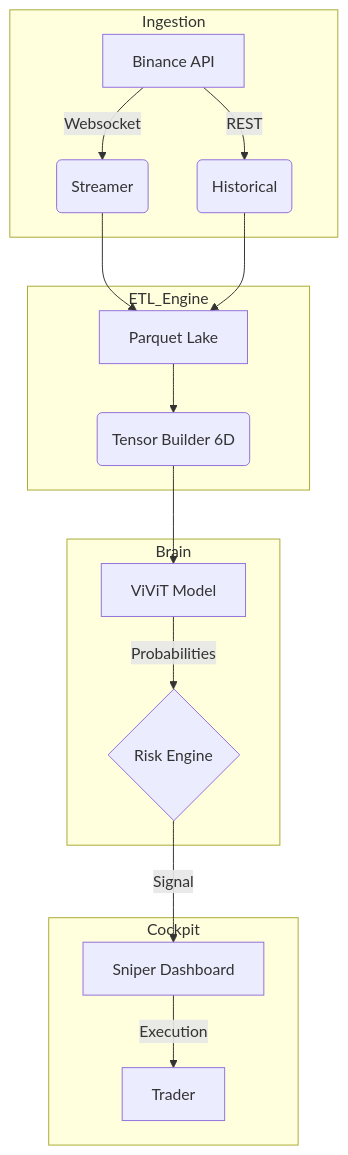
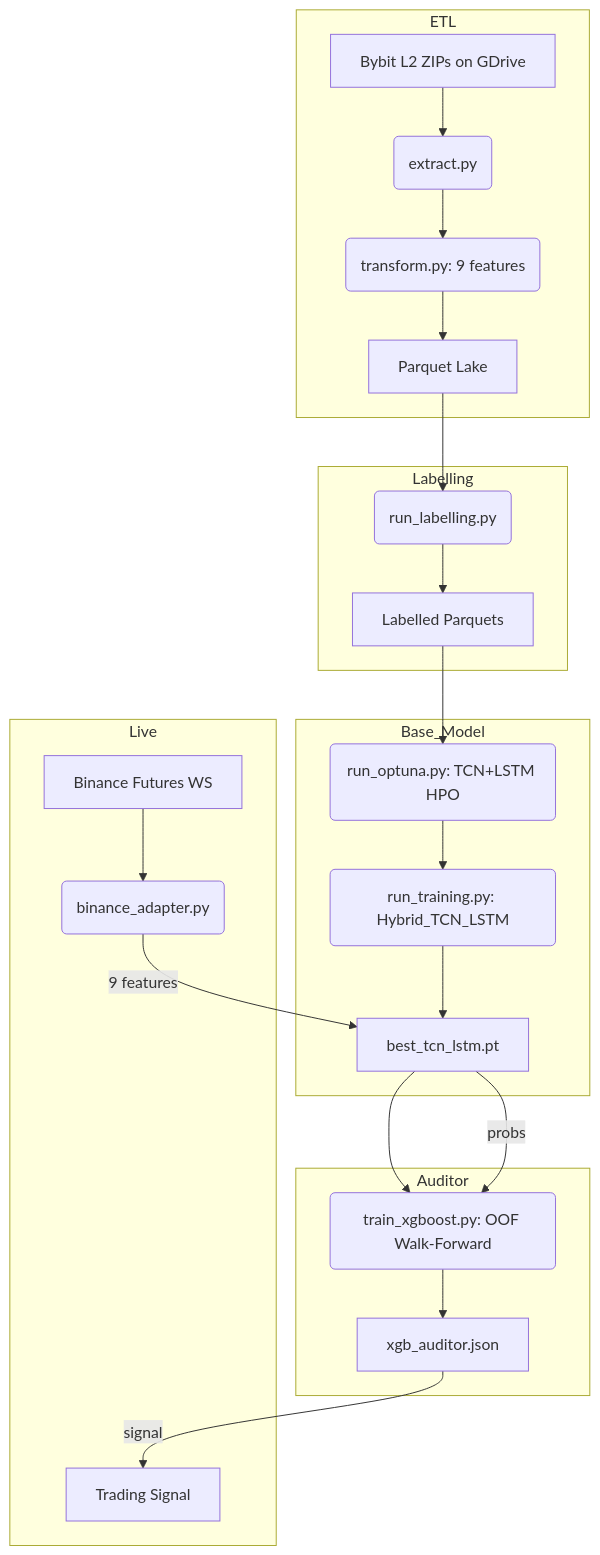
The diagram in README.md (atilioebg/QuantGod_Cloud_TCNLSTM), drawn with Mermaid before and after one commit. The commit also changed other lines of this file and 8 other files, not shown here.

First line of the commit message:
chore: remove legacy ViViT code and update docs for TCN+LSTM pivot

````diff
--- a/README.md
+++ b/README.md
@@ -13,23 +9,31 @@
 ```mermaid
 graph TD
-    subgraph Ingestion
-        A[Binance API] -->|Websocket| B(Streamer)
-        A -->|REST| C(Historical)
+    subgraph ETL
+        A[Bybit L2 ZIPs on GDrive] --> B(extract.py)
+        B --> C(transform.py: 9 features)
+        C --> D[Parquet Lake]
     end
-    
-    subgraph ETL_Engine
-        B --> D[Parquet Lake]
-        C --> D
-        D --> E(Tensor Builder 6D)
+
+    subgraph Labelling
+        D --> E(run_labelling.py)
+        E --> F[Labelled Parquets]
     end
-    
-    subgraph Brain
-        E --> F[ViViT Model]
-        F -->|Probabilities| G{Risk Engine}
+
+    subgraph Base_Model
+        F --> G(run_optuna.py: TCN+LSTM HPO)
+        G --> H(run_training.py: Hybrid_TCN_LSTM)
+        H --> I[best_tcn_lstm.pt]
     end
-    
-    subgraph Cockpit
-        G -->|Signal| H[Sniper Dashboard]
-        H -->|Execution| I[Trader]
+
+    subgraph Auditor
+        I --> J(train_xgboost.py: OOF Walk-Forward)
+        J --> K[xgb_auditor.json]
+    end
+
+    subgraph Live
+        L[Binance Futures WS] --> M(binance_adapter.py)
+        M --> |9 features| I
+        I --> |probs| J
+        K --> |signal| N[Trading Signal]
     end
 ```
````
